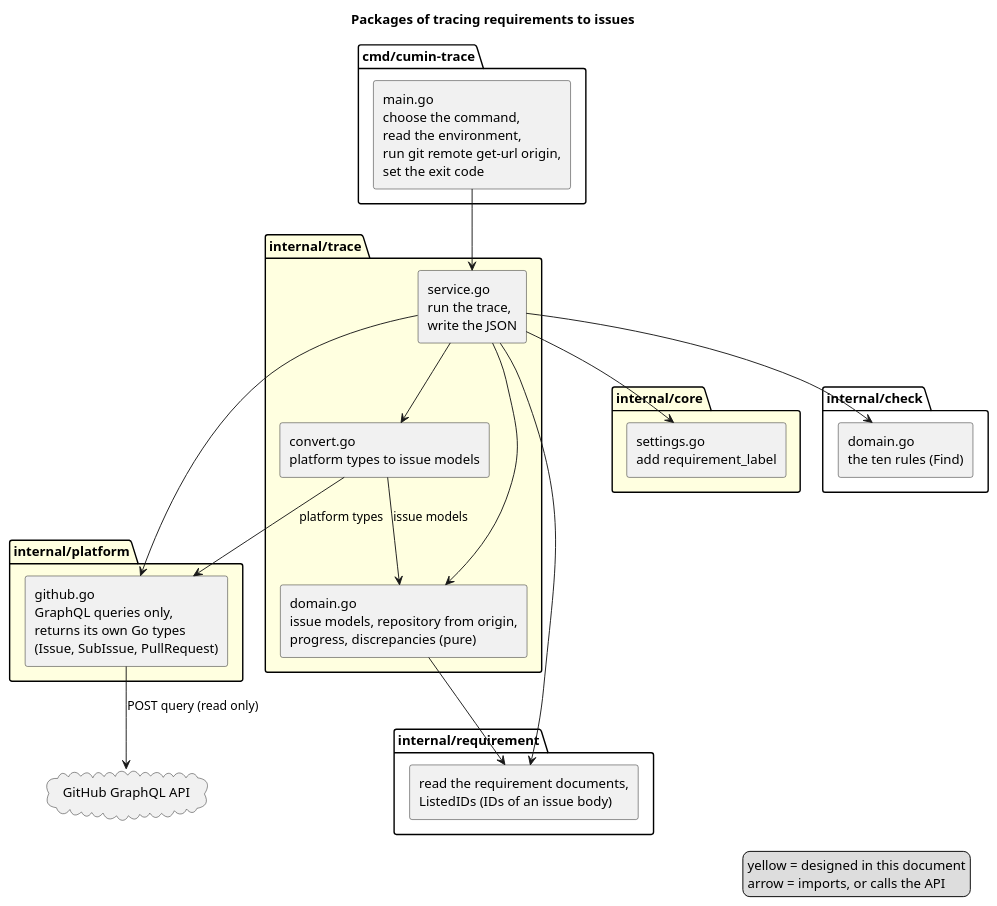
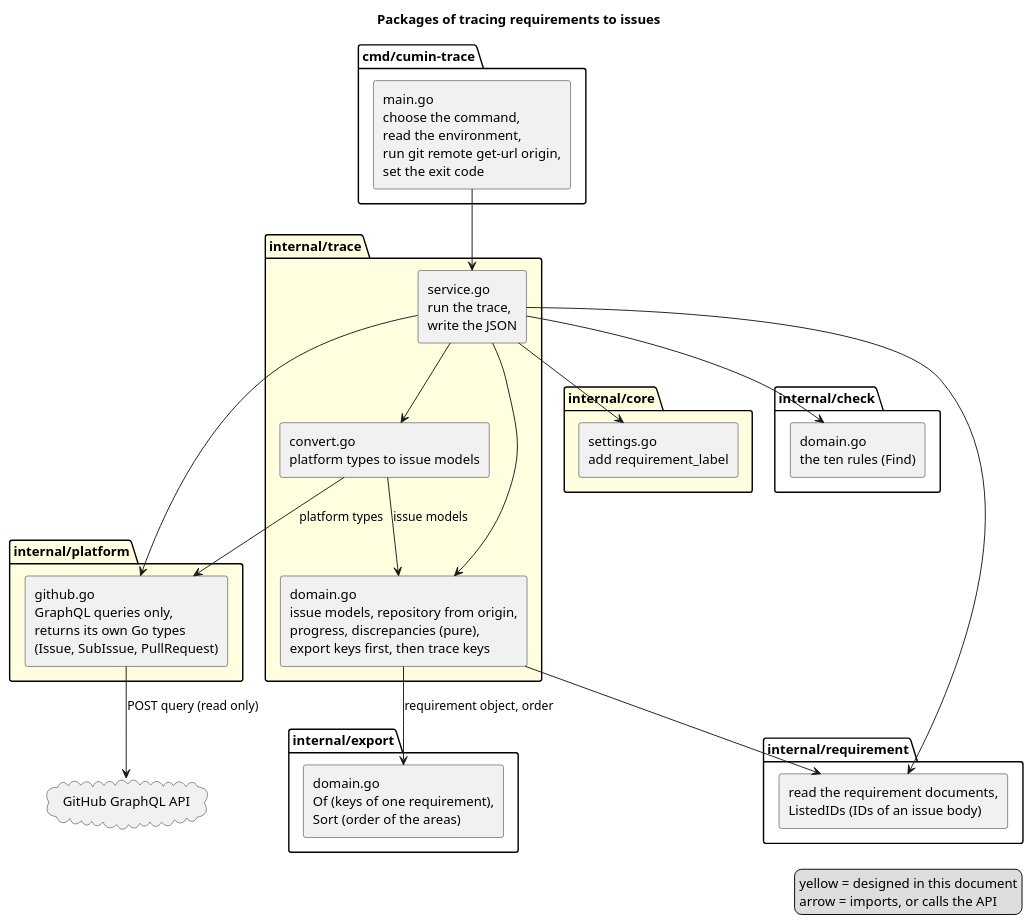
One commit to cloveclovedev/cumin-trace changed the diagram in docs/ja/designs/trace/trace-packages.puml. Above: the diagram before and after it, drawn with PlantUML. The commit also changed 11 other files, not shown here.

First line of the commit message:
feat(trace): build each requirement of the trace output on the export (#103)

```diff
--- a/docs/ja/designs/trace/trace-packages.puml
+++ b/docs/ja/designs/trace/trace-packages.puml
@@ -1,50 +1,55 @@
 @startuml trace-packages
 title Packages of tracing requirements to issues
 skinparam shadowing false
 skinparam componentStyle rectangle
 
 package "cmd/cumin-trace" {
   [main.go\nchoose the command,\nread the environment,\nrun git remote get-url origin,\nset the exit code] as main
 }
 
 package "internal/trace" #LightYellow {
   [service.go\nrun the trace,\nwrite the JSON] as service
-  [domain.go\nissue models, repository from origin,\nprogress, discrepancies (pure)] as rules
+  [domain.go\nissue models, repository from origin,\nprogress, discrepancies (pure),\nexport keys first, then trace keys] as rules
   [convert.go\nplatform types to issue models] as convert
 }
 
 package "internal/platform" #LightYellow {
   [github.go\nGraphQL queries only,\nreturns its own Go types\n(Issue, SubIssue, PullRequest)] as github
 }
 
 package "internal/core" #LightYellow {
   [settings.go\nadd requirement_label] as settings
+}
+
+package "internal/export" {
+  [domain.go\nOf (keys of one requirement),\nSort (order of the areas)] as export
 }
 
 package "internal/check" {
   [domain.go\nthe ten rules (Find)] as check
 }
 
 package "internal/requirement" {
   [read the requirement documents,\nListedIDs (IDs of an issue body)] as requirement
 }
 
 cloud "GitHub GraphQL API" as api
 
 main --> service
 service --> settings
 service --> requirement
 service --> check
 service --> rules
 service --> github
 service --> convert
 convert --> github : platform types
 convert --> rules : issue models
 rules --> requirement
+rules --> export : requirement object, order
 github --> api : POST query (read only)
 
 legend right
   yellow = designed in this document
   arrow = imports, or calls the API
 endlegend
 @enduml
```
